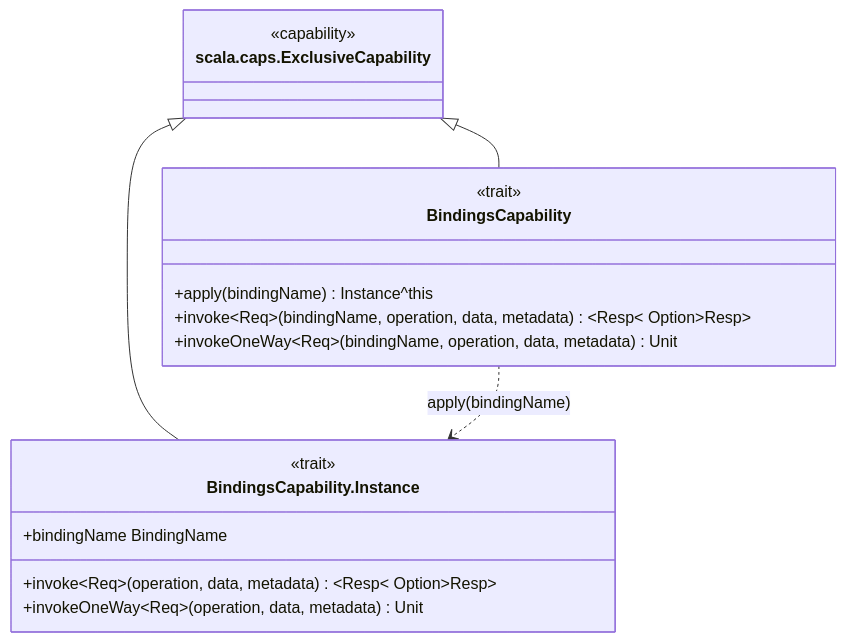
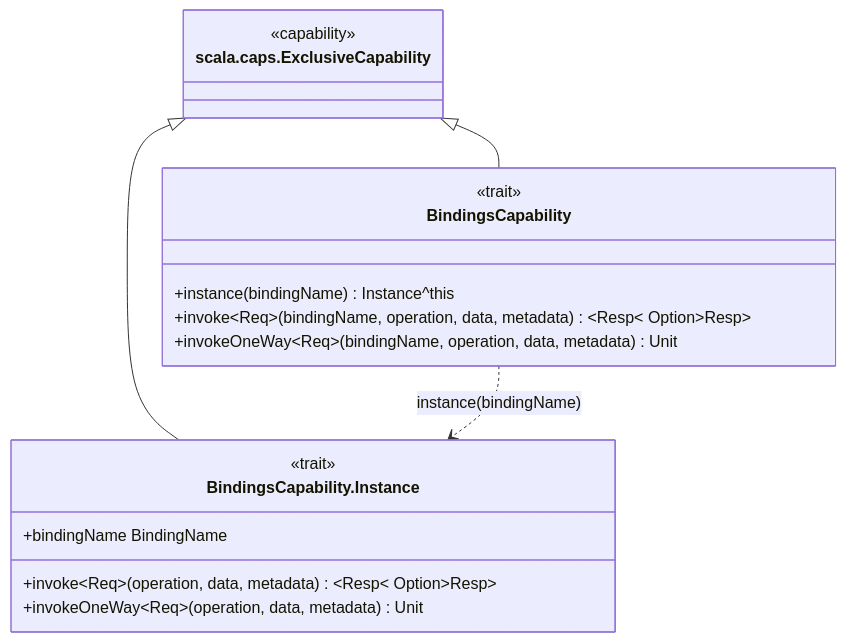
One commit to sideeffffect/dapr4s changed the eighth of 15 diagrams in docs/CAPABILITY-HIERARCHY.md. Above: the diagram before and after it, drawn with Mermaid. The commit also changed other lines of this file and 26 other files, not shown here.

Commit message:
docs: instance(name)/forType narrowing in scaladoc, docs and spec

````diff
--- a/docs/CAPABILITY-HIERARCHY.md
+++ b/docs/CAPABILITY-HIERARCHY.md
@@ -344,23 +344,23 @@
 ```mermaid
 classDiagram
     direction TB
     class ExclusiveCapability["scala.caps.ExclusiveCapability"]
     <<capability>> ExclusiveCapability
 
     class BindingsCapability {
         <<trait>>
-        +apply(bindingName) Instance^this
+        +instance(bindingName) Instance^this
         +invoke~Req~(bindingName, operation, data, metadata)~Resp~ Option~Resp~
         +invokeOneWay~Req~(bindingName, operation, data, metadata) Unit
     }
 
     class BindingsCapability_Instance["BindingsCapability.Instance"]
     <<trait>> BindingsCapability_Instance
     BindingsCapability_Instance : +bindingName BindingName
     BindingsCapability_Instance : +invoke~Req~(operation, data, metadata)~Resp~ Option~Resp~
     BindingsCapability_Instance : +invokeOneWay~Req~(operation, data, metadata) Unit
 
     ExclusiveCapability <|-- BindingsCapability
     ExclusiveCapability <|-- BindingsCapability_Instance
-    BindingsCapability ..> BindingsCapability_Instance : apply(bindingName)
+    BindingsCapability ..> BindingsCapability_Instance : instance(bindingName)
 ```
````
